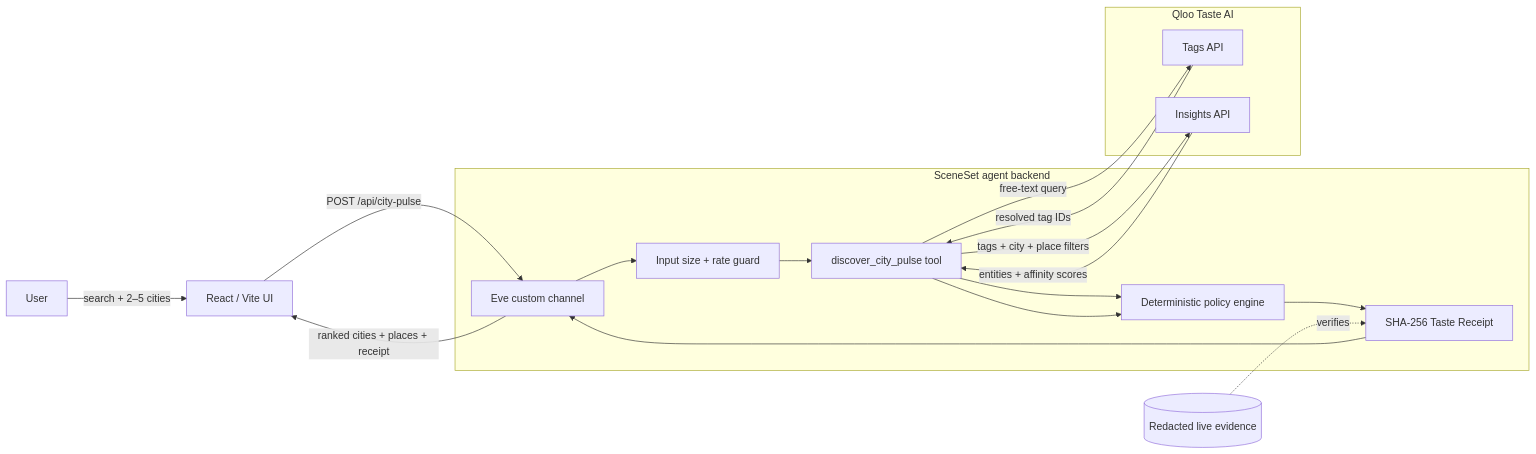
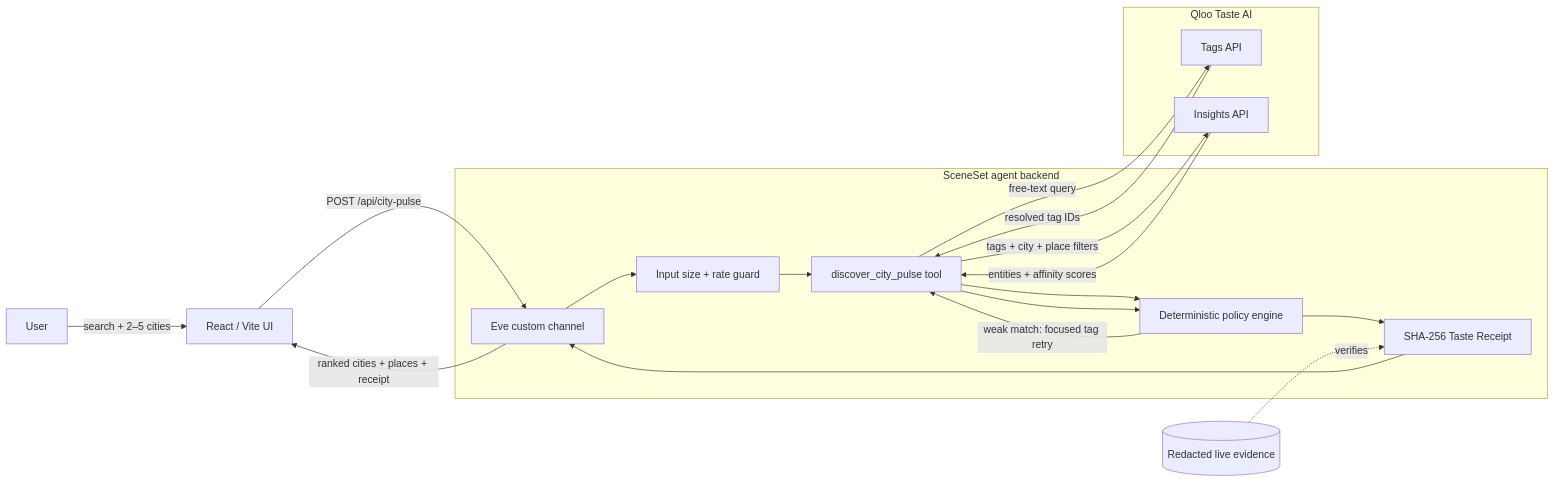
The diagram in README.md (0xNexuz/sceneset-qloo), drawn with Mermaid before and after one commit. The commit also changed other lines of this file and 9 other files, not shown here.

````diff
--- a/README.md
+++ b/README.md
@@ -33,27 +34,28 @@
 ```mermaid
 flowchart LR
     U[User] -->|search + 2–5 cities| UI[React / Vite UI]
     UI -->|POST /api/city-pulse| CH[Eve custom channel]
 
     subgraph Backend[SceneSet agent backend]
         CH --> G[Input size + rate guard]
         G --> T[discover_city_pulse tool]
         T --> P[Deterministic policy engine]
         P --> R[SHA-256 Taste Receipt]
     end
 
     subgraph Qloo[Qloo Taste AI]
         QT[Tags API]
         QI[Insights API]
     end
 
     T -->|free-text query| QT
     QT -->|resolved tag IDs| T
     T -->|tags + city + place filters| QI
     QI -->|entities + affinity scores| T
+    P -->|weak match: focused tag retry| T
     T --> P
     R --> CH
     CH -->|ranked cities + places + receipt| UI
 
     E[(Redacted live evidence)] -. verifies .-> R
 ```
````
